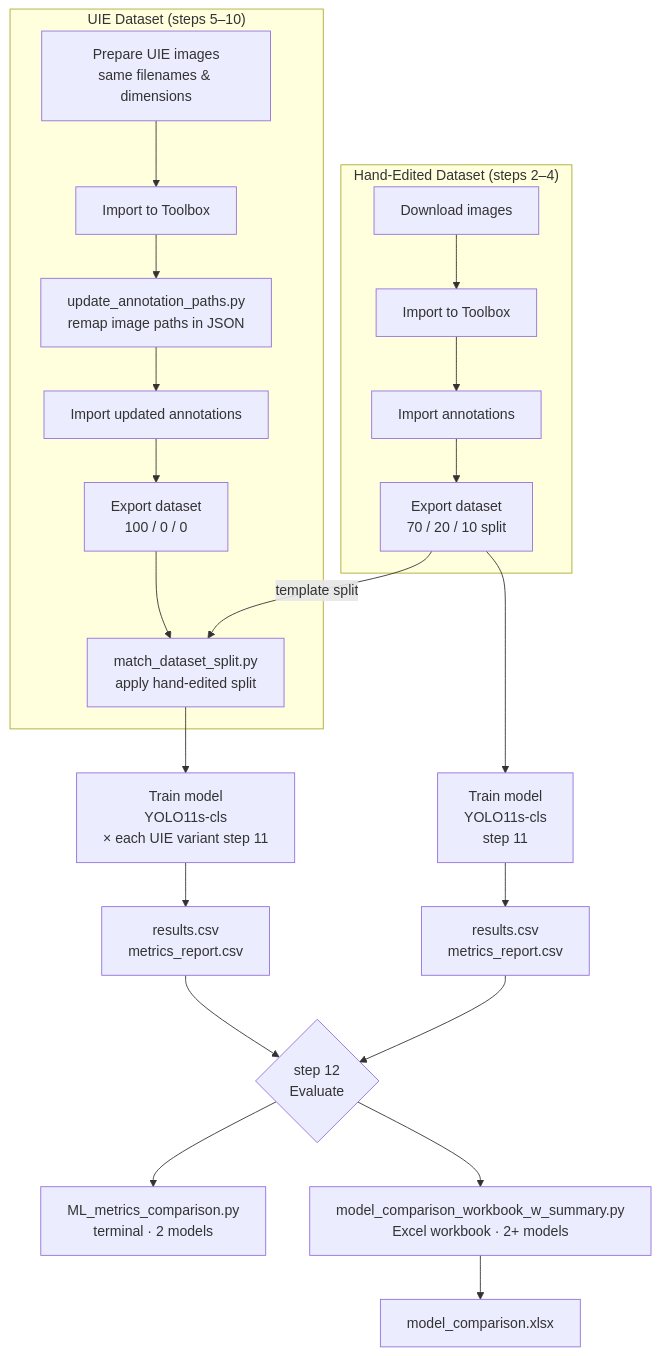
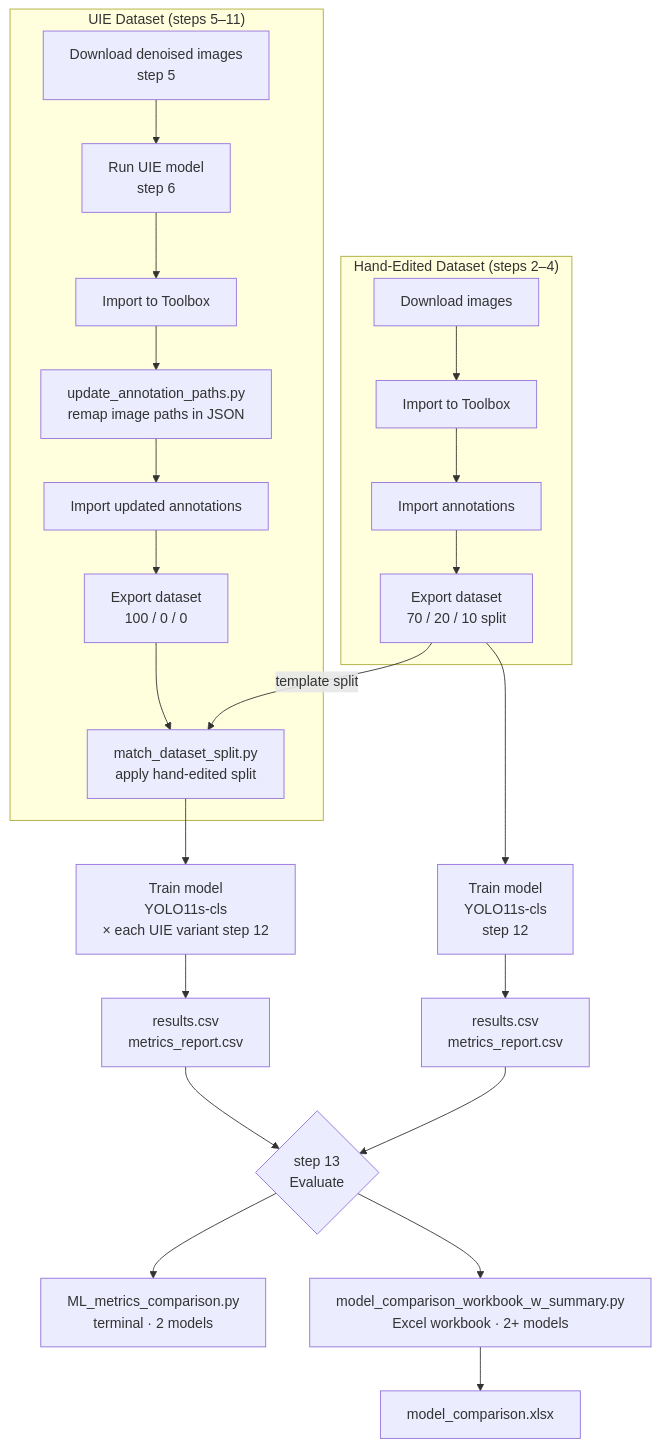
One commit to Seattle-Aquarium/CCR_image_processing changed the diagram in documents/comparison_UIE.md. Above: the diagram before and after it, drawn with Mermaid. The commit also changed other lines of this file, not shown here.

First line of the commit message:
Add UIE preprocessing step

````diff
--- a/documents/comparison_UIE.md
+++ b/documents/comparison_UIE.md
@@ -9,31 +9,32 @@
 ```mermaid
 flowchart TD
     subgraph HAND["Hand-Edited Dataset  (steps 2–4)"]
         A1[Download images] --> A2[Import to Toolbox]
         A2 --> A3[Import annotations]
         A3 --> A4["Export dataset\n70 / 20 / 10 split"]
     end
 
-    subgraph UIE["UIE Dataset  (steps 5–10)"]
-        B1[Prepare UIE images\nsame filenames & dimensions] --> B2[Import to Toolbox]
+    subgraph UIE["UIE Dataset  (steps 5–11)"]
+        B1[Download denoised images\nstep 5] --> B1a[Run UIE model\nstep 6]
+        B1a --> B2[Import to Toolbox]
         B2 --> B3[update_annotation_paths.py\nremap image paths in JSON]
         B3 --> B4[Import updated annotations]
         B4 --> B5["Export dataset\n100 / 0 / 0"]
         B5 --> B6[match_dataset_split.py\napply hand-edited split]
     end
 
     A4 -->|template split| B6
 
-    A4 --> TRAIN_H["Train model\nYOLO11s-cls\nstep 11"]
-    B6  --> TRAIN_U["Train model\nYOLO11s-cls\n× each UIE variant  step 11"]
+    A4 --> TRAIN_H["Train model\nYOLO11s-cls\nstep 12"]
+    B6  --> TRAIN_U["Train model\nYOLO11s-cls\n× each UIE variant  step 12"]
 
     TRAIN_H --> EVAL_H["results.csv\nmetrics_report.csv"]
     TRAIN_U --> EVAL_U["results.csv\nmetrics_report.csv"]
 
-    EVAL_H --> CMP{step 12\nEvaluate}
+    EVAL_H --> CMP{step 13\nEvaluate}
     EVAL_U --> CMP
 
     CMP --> ML["ML_metrics_comparison.py\nterminal · 2 models"]
     CMP --> WB["model_comparison_workbook_w_summary.py\nExcel workbook · 2+ models"]
     WB  --> XLSX[model_comparison.xlsx]
 ```
````
